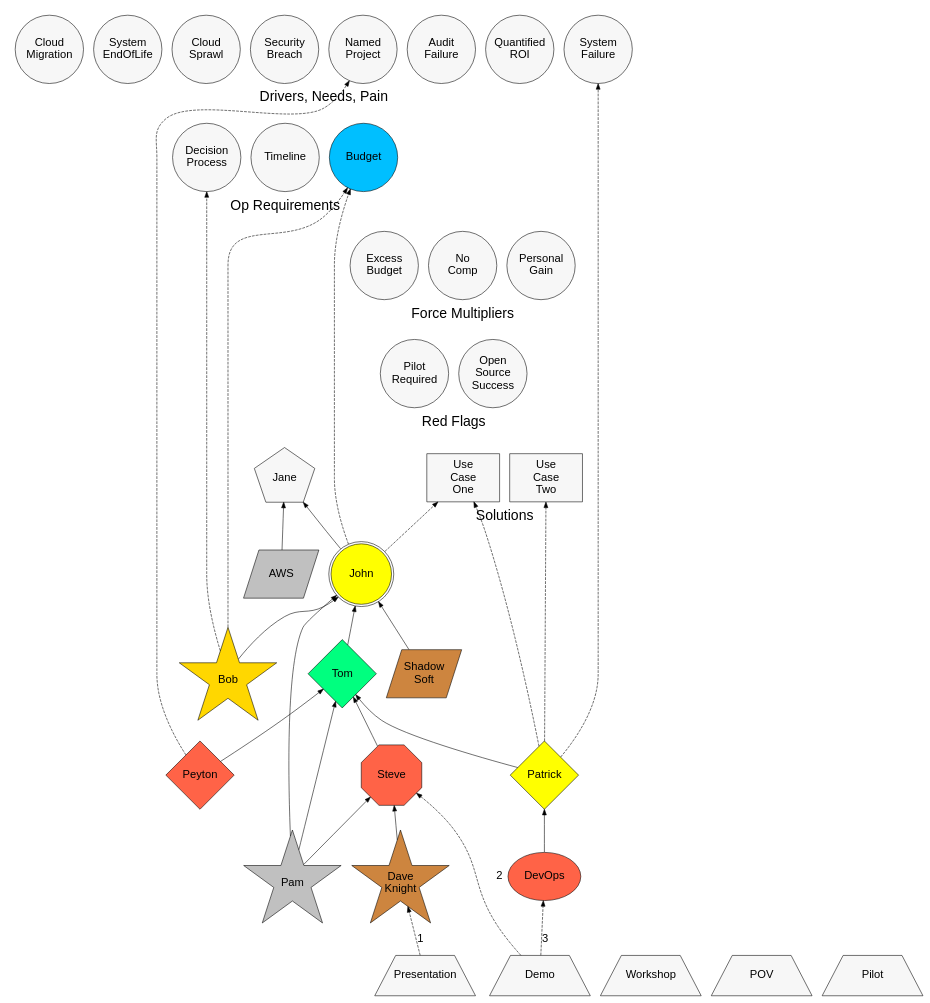
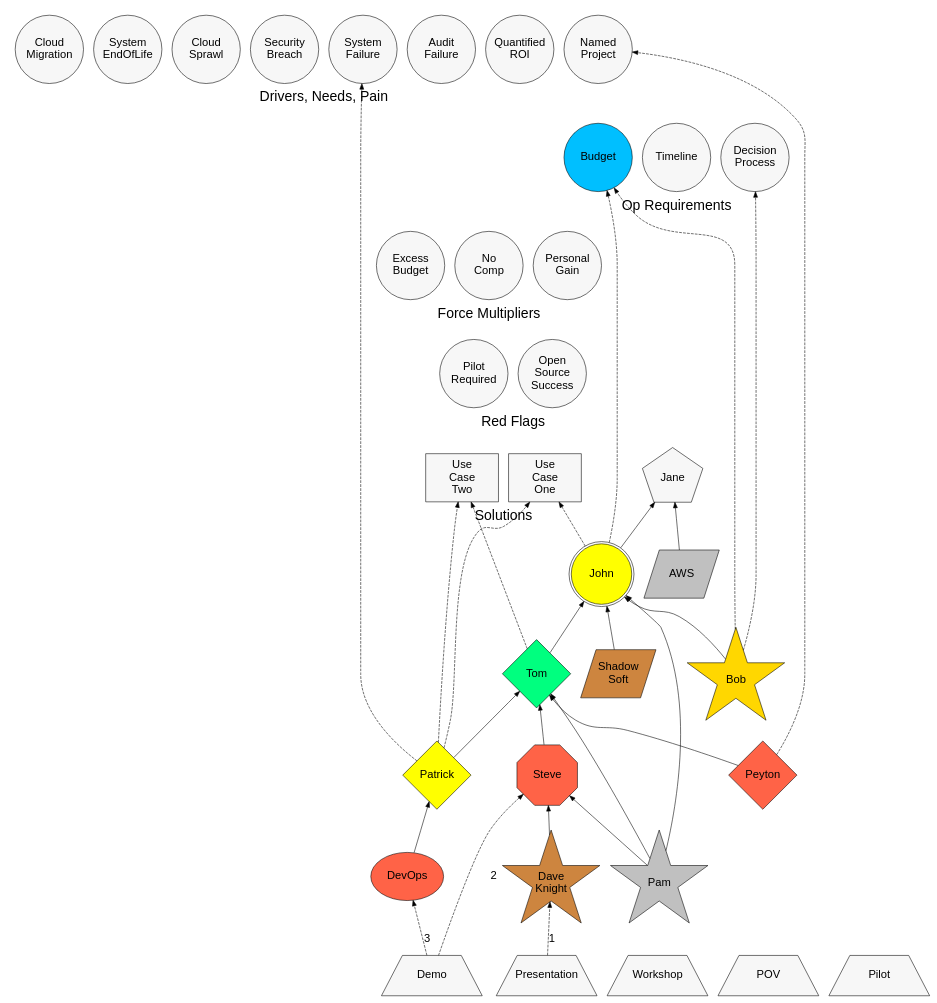
The diagram in example.dot (joshuaNjordan85/SouthStrategicOps), drawn with Graphviz before and after one commit.

Commit message:
Tom likes Use Case 2

```diff
--- a/example.dot
+++ b/example.dot
@@ -304,6 +304,8 @@
 PatMahomes -> UseCase1
 PatMahomes -> UseCase2
 
+TomBrady -> UseCase2
+
 //
 // Activity 
 //
```
